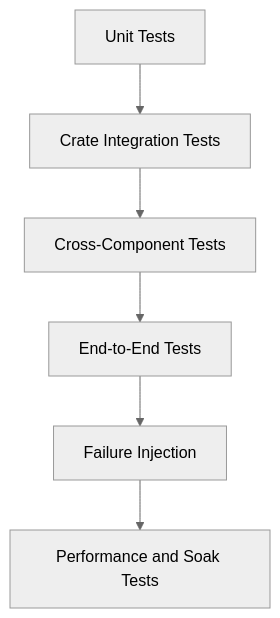
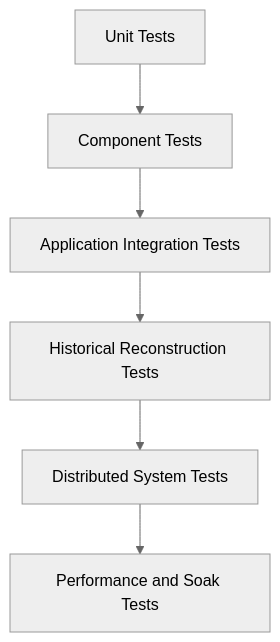
The first of 2 diagrams in docs/testing.md (tembolo1284/maxwell), drawn with Mermaid (neutral theme) before and after one commit. The commit also changed other lines of this file and 10 other files, not shown here.

````diff
--- a/docs/testing.md
+++ b/docs/testing.md
@@ -18,11 +14,15 @@
 ```mermaid
 flowchart TD
-    U["Unit Tests"]
-    I["Crate Integration Tests"]
-    C["Cross-Component Tests"]
-    E["End-to-End Tests"]
-    F["Failure Injection"]
-    P["Performance and Soak Tests"]
+    UNIT["Unit Tests"]
+    COMPONENT["Component Tests"]
+    INTEGRATION["Application Integration Tests"]
+    RECON["Historical Reconstruction Tests"]
+    SYSTEM["Distributed System Tests"]
+    SOAK["Performance and Soak Tests"]
 
-    U --> I --> C --> E --> F --> P
+    UNIT --> COMPONENT
+    COMPONENT --> INTEGRATION
+    INTEGRATION --> RECON
+    RECON --> SYSTEM
+    SYSTEM --> SOAK
 ```
````
